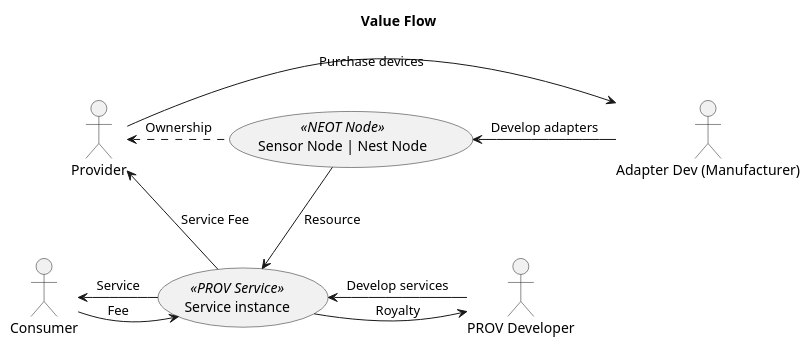
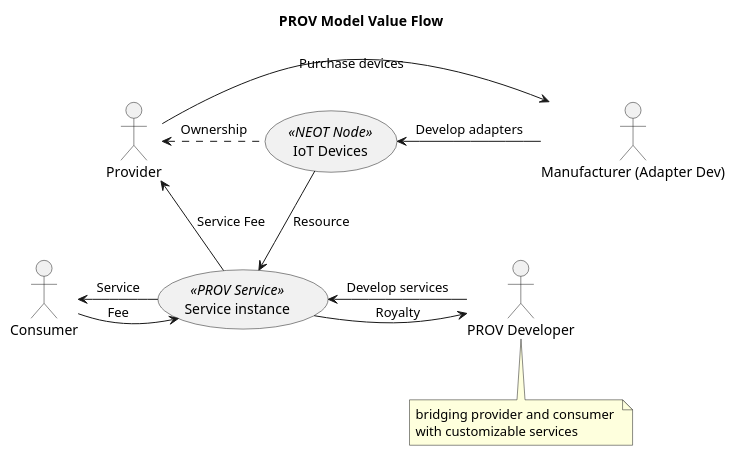
Before and after one commit to NEOCompToronto/NEOCompetition: the diagram in PlantUML/Roles.wsd, drawn with PlantUML. The commit also changed 3 other files, not shown here.

```diff
--- a/PlantUML/Roles.wsd
+++ b/PlantUML/Roles.wsd
@@ -1,26 +1,30 @@
 @startuml
 
-title Value Flow
+title PROV Model Value Flow
 top to bottom direction
 actor TermOwner as "Provider"
-actor AdaDev as "Adapter Dev (Manufacturer)"
+actor AdaDev as "Manufacturer (Adapter Dev)"
 actor SerDev as "PROV Developer"
+note bottom
+bridging provider and consumer 
+with customizable services
+end note
+
 actor User as "Consumer"
 
-usecase NEOT as "Sensor Node | Nest Node" <<NEOT Node>>
+usecase NEOT as "IoT Devices" <<NEOT Node>>
 usecase Service as "Service instance" << PROV Service>>
 
-
-AdaDev -left-> NEOT: Develop adapters
+AdaDev -l-> NEOT: Develop adapters
 TermOwner -> AdaDev: Purchase devices
 SerDev -> Service: Develop services
 
 Service -right-> SerDev: Royalty
-NEOT -> Service: Resource
+NEOT -down-> Service: Resource
 NEOT -left..> TermOwner: Ownership
 Service -up-> TermOwner: Service Fee
 Service -left-> User: Service
 User -> Service: Fee
 
 
 @enduml
```
